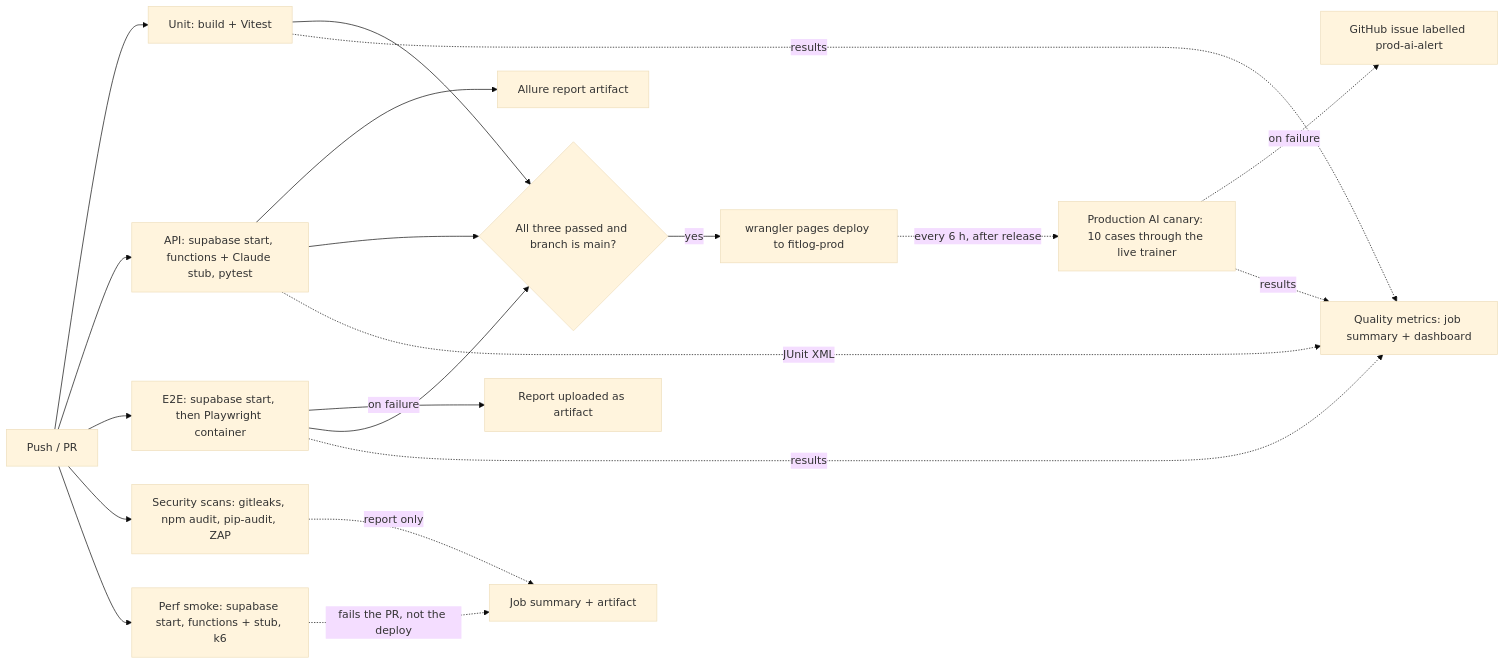
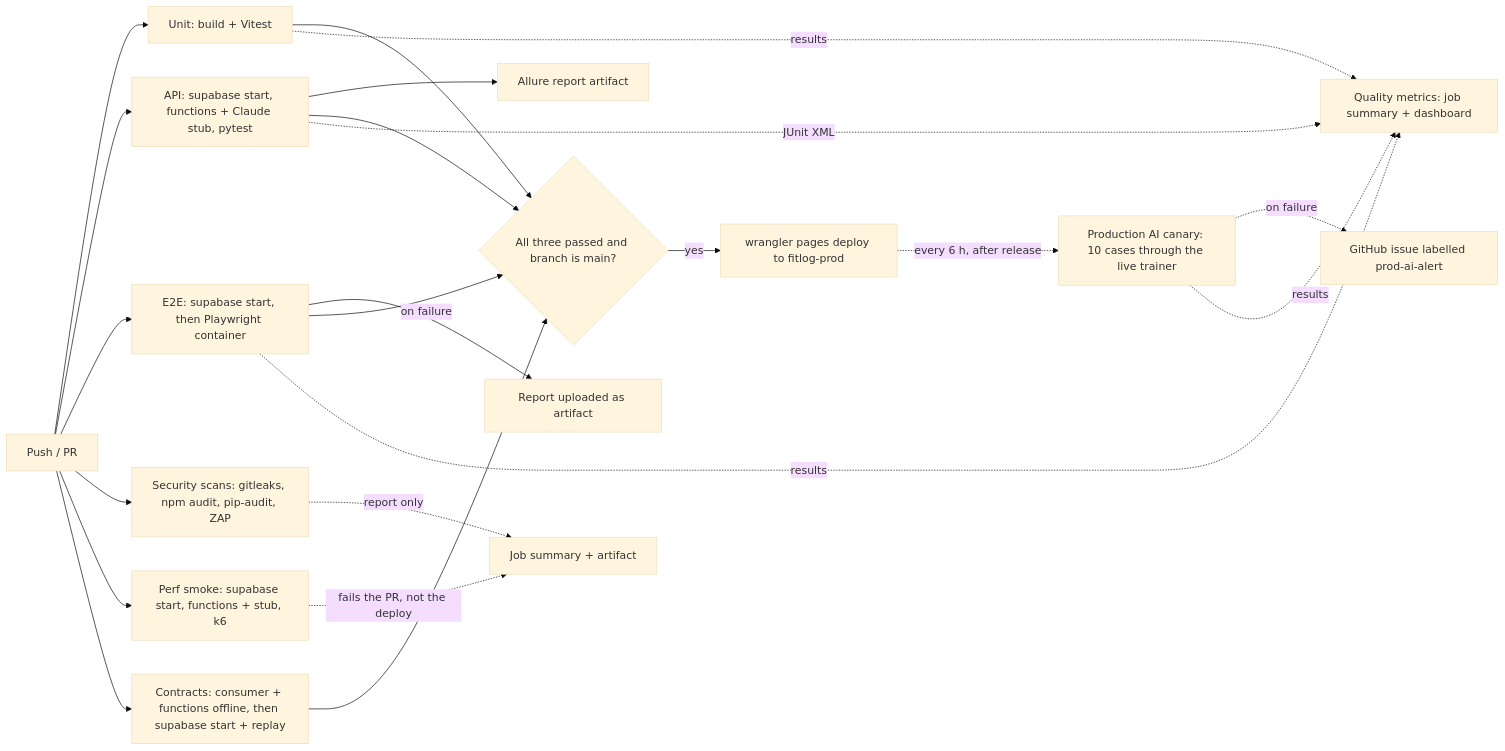
One commit to kakaul94-prof/FitLog changed the second of 2 diagrams in README.md. Above: the diagram before and after it, drawn with Mermaid (base theme). The commit also changed other lines of this file, not shown here.

````diff
--- a/README.md
+++ b/README.md
@@ -124,22 +146,24 @@
 ```mermaid
 flowchart LR
   PUSH[Push / PR] --> UNIT[Unit: build + Vitest]
   PUSH --> API[API: supabase start, functions + Claude stub, pytest]
   PUSH --> E2E[E2E: supabase start, then Playwright container]
   PUSH --> SEC[Security scans: gitleaks, npm audit, pip-audit, ZAP]
   PUSH --> PERF[Perf smoke: supabase start, functions + stub, k6]
+  PUSH --> CONTRACTS[Contracts: consumer + functions offline, then supabase start + replay]
   API --> ALLURE[Allure report artifact]
   E2E -- on failure --> ART[Report uploaded as artifact]
   UNIT --> GATE{All three passed and branch is main?}
   API --> GATE
   E2E --> GATE
+  CONTRACTS --> GATE
   GATE -- yes --> DEPLOY[wrangler pages deploy to fitlog-prod]
   UNIT -. results .-> METRICS[Quality metrics: job summary + dashboard]
   API -. JUnit XML .-> METRICS
   E2E -. results .-> METRICS
   SEC -. report only .-> SUMMARY[Job summary + artifact]
   PERF -. fails the PR, not the deploy .-> SUMMARY
   DEPLOY -. every 6 h, after release .-> CANARY[Production AI canary: 10 cases through the live trainer]
   CANARY -. on failure .-> ALERT[GitHub issue labelled prod-ai-alert]
   CANARY -. results .-> METRICS
 ```
````
